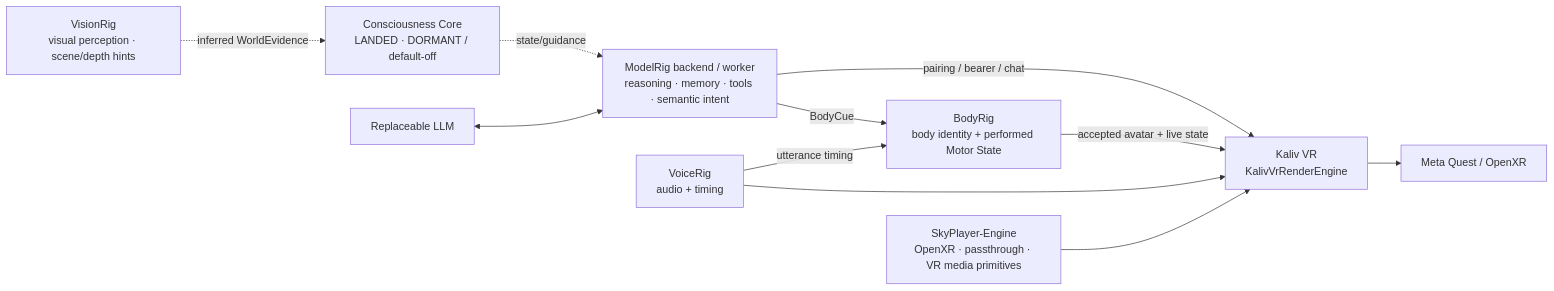
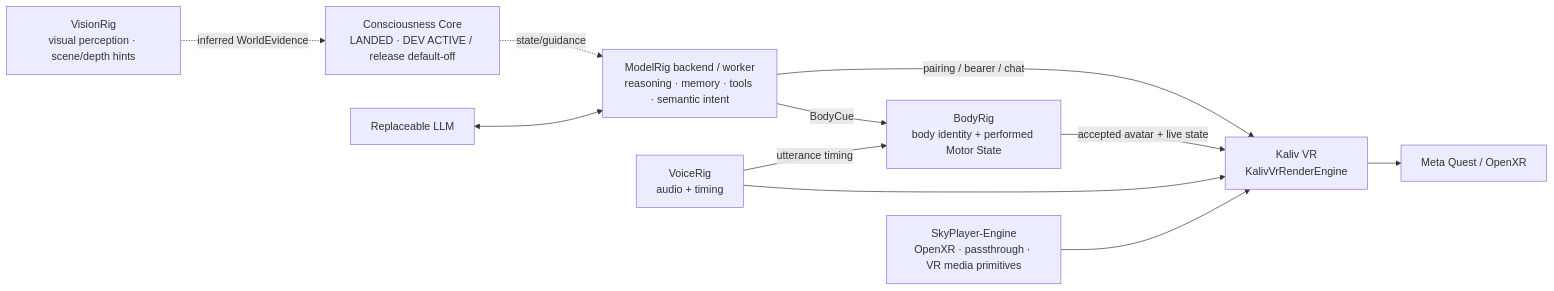
One commit to Ternedal/ModelRig changed the diagram in vr/README.md. Above: the diagram before and after it, drawn with Mermaid.

Commit message:
docs: mark Consciousness Core active in dev channel

````diff
--- a/vr/README.md
+++ b/vr/README.md
@@ -11,13 +11,13 @@
 ```mermaid
 flowchart LR
-    CC["Consciousness Core\nLANDED · DORMANT / default-off"] -. "state/guidance" .-> MR["ModelRig backend / worker\nreasoning · memory · tools · semantic intent"]
+    CC["Consciousness Core\nLANDED · DEV ACTIVE / release default-off"] -. "state/guidance" .-> MR["ModelRig backend / worker\nreasoning · memory · tools · semantic intent"]
     LLM["Replaceable LLM"] <--> MR
     VIS["VisionRig\nvisual perception · scene/depth hints"] -. "inferred WorldEvidence" .-> CC
     MR -->|"pairing / bearer / chat"| KVR["Kaliv VR\nKalivVrRenderEngine"]
     MR -->|"BodyCue"| BR["BodyRig\nbody identity + performed Motor State"]
     BR -->|"accepted avatar + live state"| KVR
     VO["VoiceRig\naudio + timing"] --> KVR
     VO -->|"utterance timing"| BR
     SP["SkyPlayer-Engine\nOpenXR · passthrough · VR media primitives"] --> KVR
     KVR --> Q["Meta Quest / OpenXR"]
 ```
````
